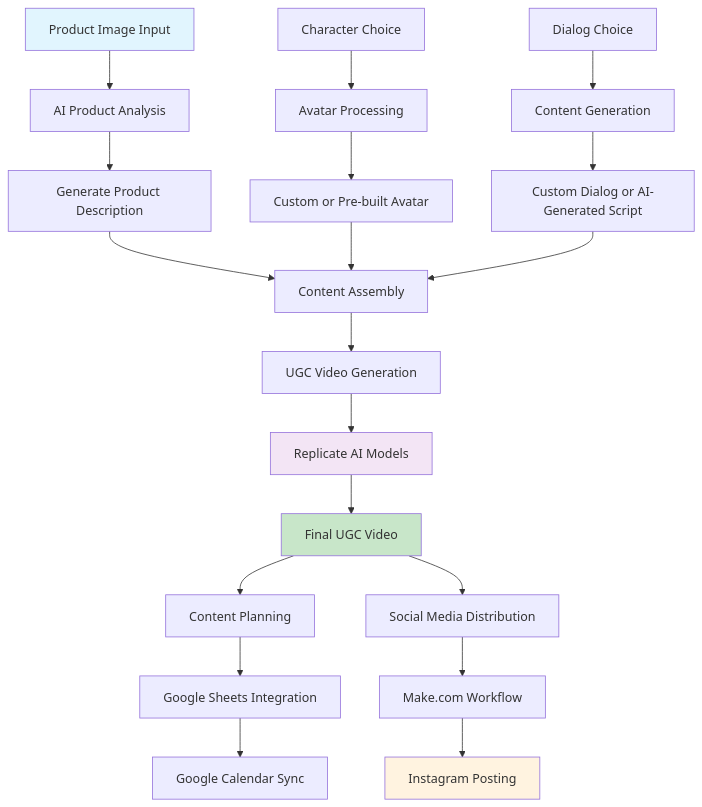
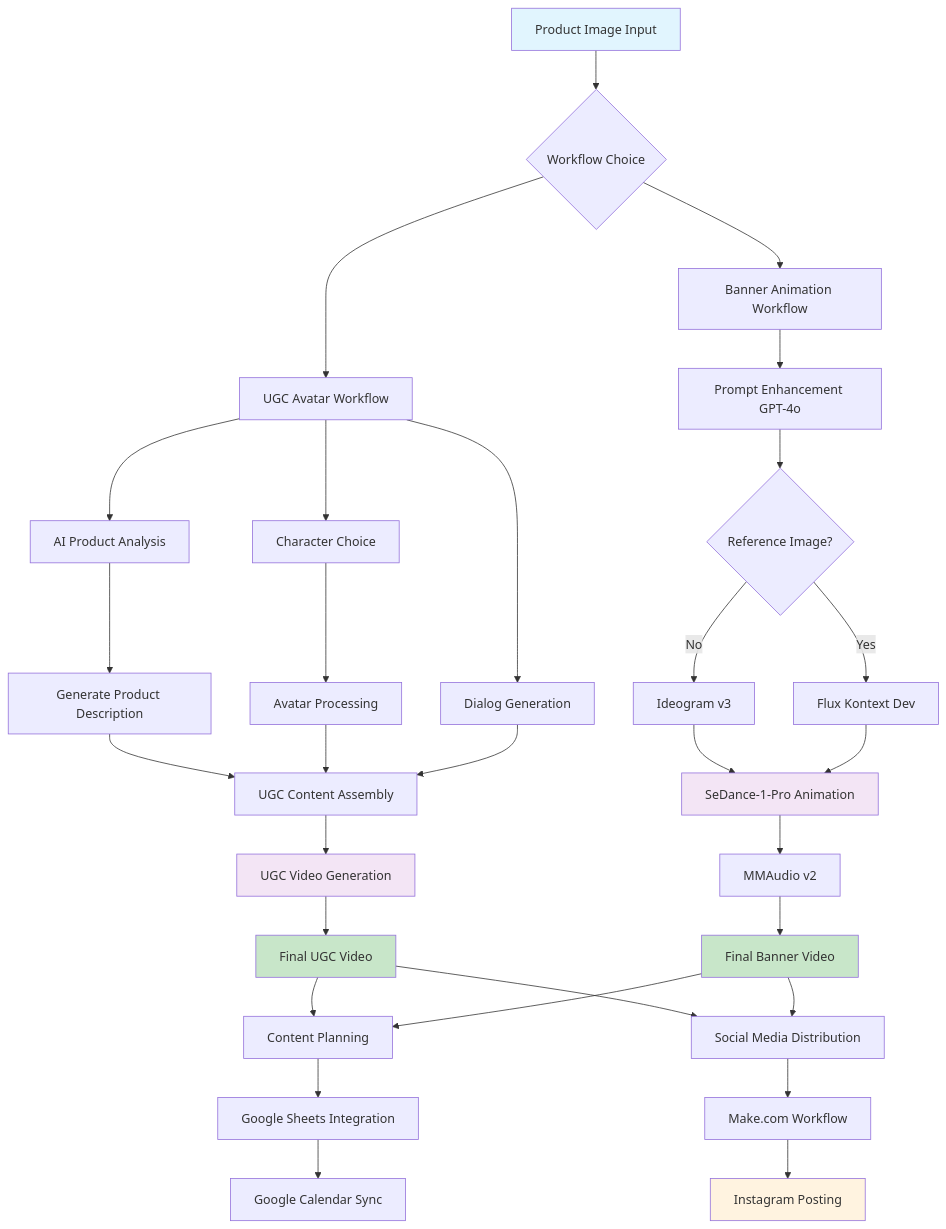
The diagram in readme.md (Nishitbaria/python-portia), drawn with Mermaid before and after one commit. The commit also changed other lines of this file and 3 other files, not shown here.

````diff
--- a/readme.md
+++ b/readme.md
@@ -28,32 +28,47 @@
 ```mermaid
 graph TD
-    A[Product Image Input] --> B[AI Product Analysis]
-    B --> C[Generate Product Description]
+    A[Product Image Input] --> B{Workflow Choice}
 
-    D[Character Choice] --> E[Avatar Processing]
-    E --> F[Custom or Pre-built Avatar]
+    B --> C[UGC Avatar Workflow]
+    B --> D[Banner Animation Workflow]
 
-    G[Dialog Choice] --> H[Content Generation]
-    H --> I[Custom Dialog or AI-Generated Script]
+    %% UGC Avatar Workflow
+    C --> E[AI Product Analysis]
+    E --> F[Generate Product Description]
+    C --> G[Character Choice]
+    G --> H[Avatar Processing]
+    C --> I[Dialog Generation]
+    F --> J[UGC Content Assembly]
+    H --> J
+    I --> J
+    J --> K[UGC Video Generation]
+    K --> L[Final UGC Video]
 
-    C --> J[Content Assembly]
-    F --> J
-    I --> J
+    %% Banner Animation Workflow
+    D --> M[Prompt Enhancement GPT-4o]
+    M --> N{Reference Image?}
+    N -->|No| O[Ideogram v3]
+    N -->|Yes| P[Flux Kontext Dev]
+    O --> Q[SeDance-1-Pro Animation]
+    P --> Q
+    Q --> R[MMAudio v2]
+    R --> S[Final Banner Video]
 
-    J --> K[UGC Video Generation]
-    K --> L[Replicate AI Models]
-    L --> M[Final UGC Video]
+    %% Common Distribution
+    L --> T[Content Planning]
+    S --> T
+    T --> U[Google Sheets Integration]
+    U --> V[Google Calendar Sync]
 
-    M --> N[Content Planning]
-    N --> O[Google Sheets Integration]
-    O --> P[Google Calendar Sync]
-
-    M --> Q[Social Media Distribution]
-    Q --> R[Make.com Workflow]
-    R --> S[Instagram Posting]
+    L --> W[Social Media Distribution]
+    S --> W
+    W --> X[Make.com Workflow]
+    X --> Y[Instagram Posting]
 
     style A fill:#e1f5fe
-    style M fill:#c8e6c9
-    style S fill:#fff3e0
-    style L fill:#f3e5f5
+    style L fill:#c8e6c9
+    style S fill:#c8e6c9
+    style Y fill:#fff3e0
+    style K fill:#f3e5f5
+    style Q fill:#f3e5f5
 ```
````
